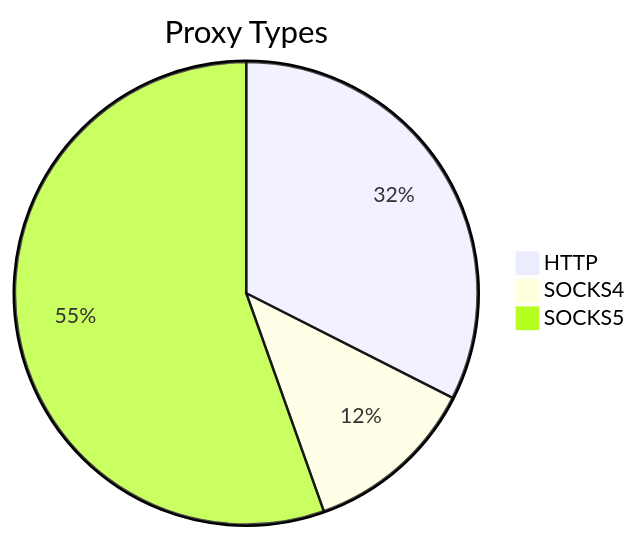
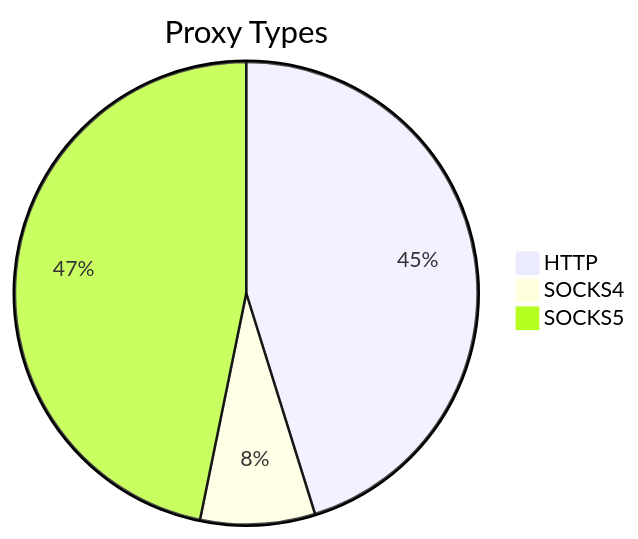
The first of 2 diagrams in README.md (stormsia/proxy-list), drawn with Mermaid before and after one commit. The commit also changed other lines of this file, not shown here.

````diff
--- a/README.md
+++ b/README.md
@@ -21,6 +21,6 @@
 ```mermaid
 pie title Proxy Types
-    "HTTP" : 188
-    "SOCKS4" : 70
-    "SOCKS5" : 321
+    "HTTP" : 282
+    "SOCKS4" : 50
+    "SOCKS5" : 292
 ```
````
